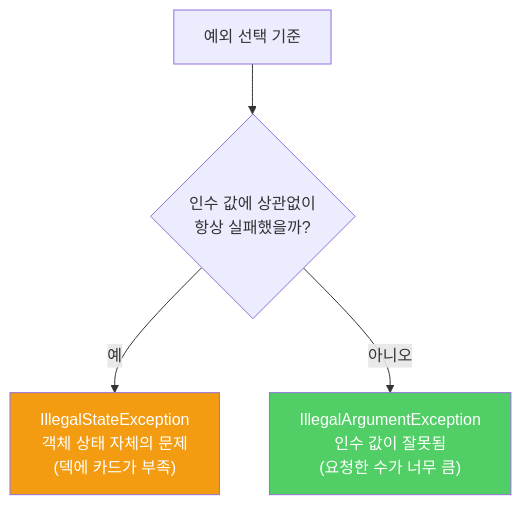
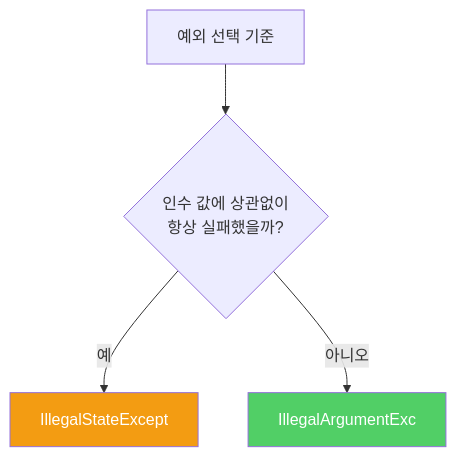
One commit to yjkim2015/yjkim2015.github.io changed the diagram in _posts/java/2022-02-17-effective-java72.md. Above: the diagram before and after it, drawn with Mermaid. The commit also changed 271 other files, not shown here.

First line of the commit message:
Mermaid 라벨 축소: 긴 노드 텍스트 18자 이하로 트림 + \n 제거

````diff
--- a/_posts/java/2022-02-17-effective-java72.md
+++ b/_posts/java/2022-02-17-effective-java72.md
@@ -58,8 +58,8 @@
 ```mermaid
 graph TD
     A["예외 선택 기준"] --> B{"인수 값에 상관없이\n항상 실패했을까?"}
-    B -- 예 --> C["IllegalStateException\n객체 상태 자체의 문제\n(덱에 카드가 부족)"]
-    B -- 아니오 --> D["IllegalArgumentException\n인수 값이 잘못됨\n(요청한 수가 너무 큼)"]
+    B -- 예 --> C["IllegalStateExcept"]
+    B -- 아니오 --> D["IllegalArgumentExc"]
     style C fill:#f39c12,color:#fff
     style D fill:#51cf66,color:#fff
 ```
````
